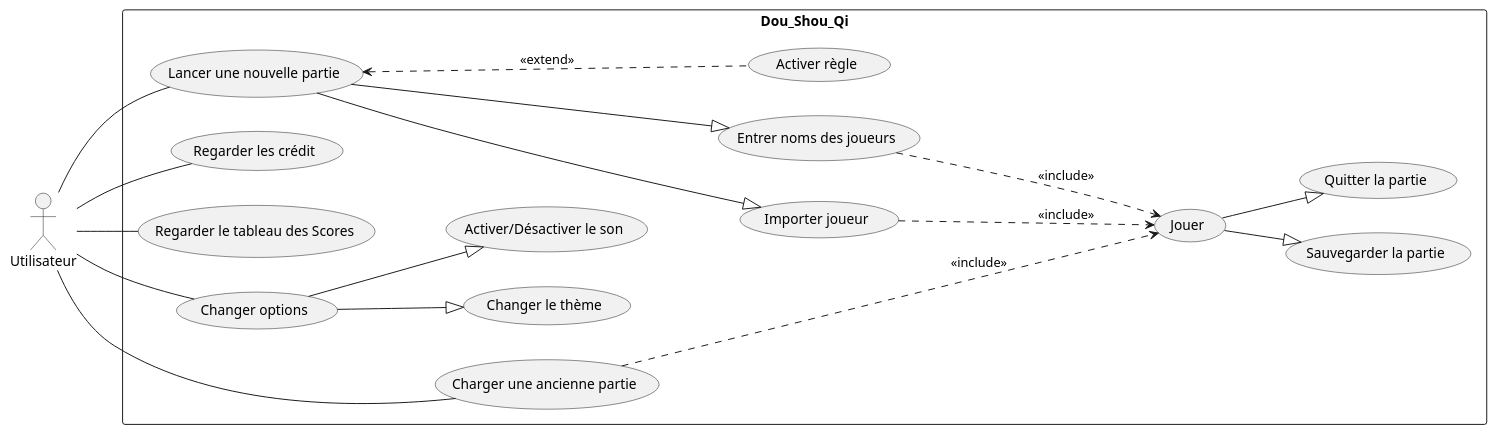
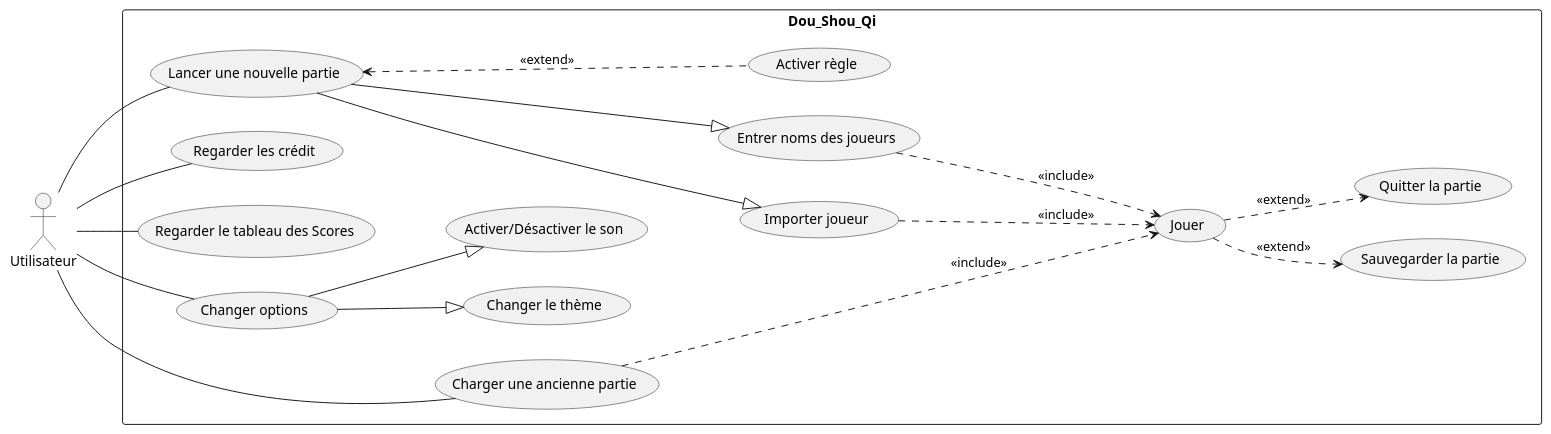
Before and after one commit to Pepit0404/DouShouQi: the diagram in docs/use_cases.md, drawn with PlantUML.

Commit message:
Mise à jour de 'docs/use_cases.md'

````diff
--- a/docs/use_cases.md
+++ b/docs/use_cases.md
@@ -3,37 +3,37 @@
 ``` plantuml
 @startuml
 left to right direction
 actor "Utilisateur" as j
 rectangle Dou_Shou_Qi{
   usecase "Lancer une nouvelle partie" as UC1
   usecase "Charger une ancienne partie" as UC2
   usecase "Regarder les crédit" as UC3
   usecase "Regarder le tableau des Scores" as UC4
   usecase "Changer options" as UC8
   usecase "Activer/Désactiver le son" as UC9
   usecase "Changer le thème" as UC10
   usecase "Entrer noms des joueurs" as UC5
   usecase "Activer règle" as UC6
   usecase "Jouer" as UC7
   usecase "Importer joueur" as UC11
   usecase "Sauvegarder la partie" as UC12
   usecase "Quitter la partie" as UC13
   
 }
 j-- UC1
 j-- UC2
 j-- UC3
 j-- UC4
 j-- UC8
 UC1 ---|> UC5 
 UC1 ---|> UC11 
 UC1 <... UC6 : <<extend>>
 UC5 ...> UC7 : <<include>>
 UC2 ....> UC7 : <<include>>
 UC11 ...> UC7 : <<include>>
 UC8 --|> UC9 
 UC8 --|> UC10
-UC7 --|> UC12
-UC7 --|> UC13
+UC7 ..> UC12 : <<extend>>
+UC7 ..> UC13 : <<extend>>
 @enduml
 ```
````
